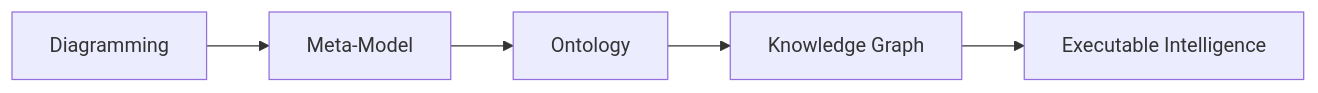
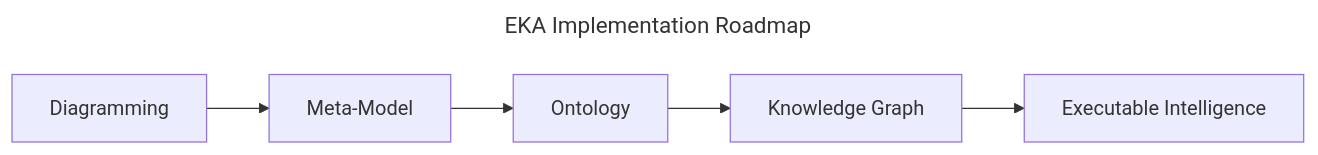
The diagram in ebook/ch03.md (yasenstar/protege_pizza), drawn with Mermaid before and after one commit.

Commit message:
update ch03

````diff
--- a/ebook/ch03.md
+++ b/ebook/ch03.md
@@ -80,4 +80,7 @@
 ```mermaid
+---
+title: EKA Implementation Roadmap
+---
 flowchart LR
 A[Diagramming] --> B[Meta-Model] --> C[Ontology] --> D[Knowledge Graph] --> E[Executable Intelligence]
 ```
````
